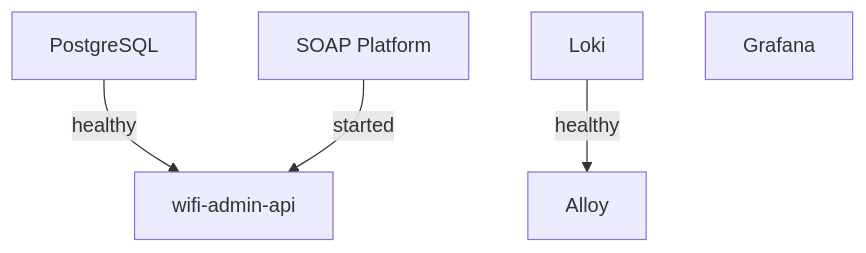
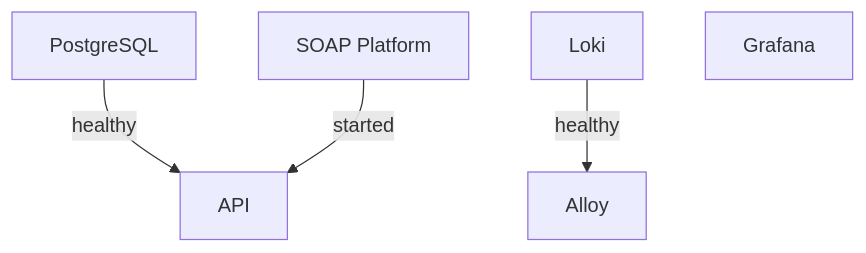
The second of 2 diagrams in backend/docs/DEPLOYMENT.md (meowpow-png/wifi-admin), drawn with Mermaid before and after one commit. The commit also changed other lines of this file and 2 other files, not shown here.

````diff
--- a/backend/docs/DEPLOYMENT.md
+++ b/backend/docs/DEPLOYMENT.md
@@ -117,18 +117,18 @@
 ```mermaid
 flowchart TD
     POSTGRES["PostgreSQL"]
 
     PLATFORM["SOAP Platform"]
 
-    WIFI_ADMIN_API["wifi-admin-api"]
+    WIFI_ADMIN_API["API"]
 
     LOKI["Loki"]
 
     ALLOY["Alloy"]
 
     GRAFANA["Grafana"]
 
     POSTGRES -->|healthy| WIFI_ADMIN_API
     PLATFORM -->|started| WIFI_ADMIN_API
     LOKI -->|healthy| ALLOY
 ```
````
